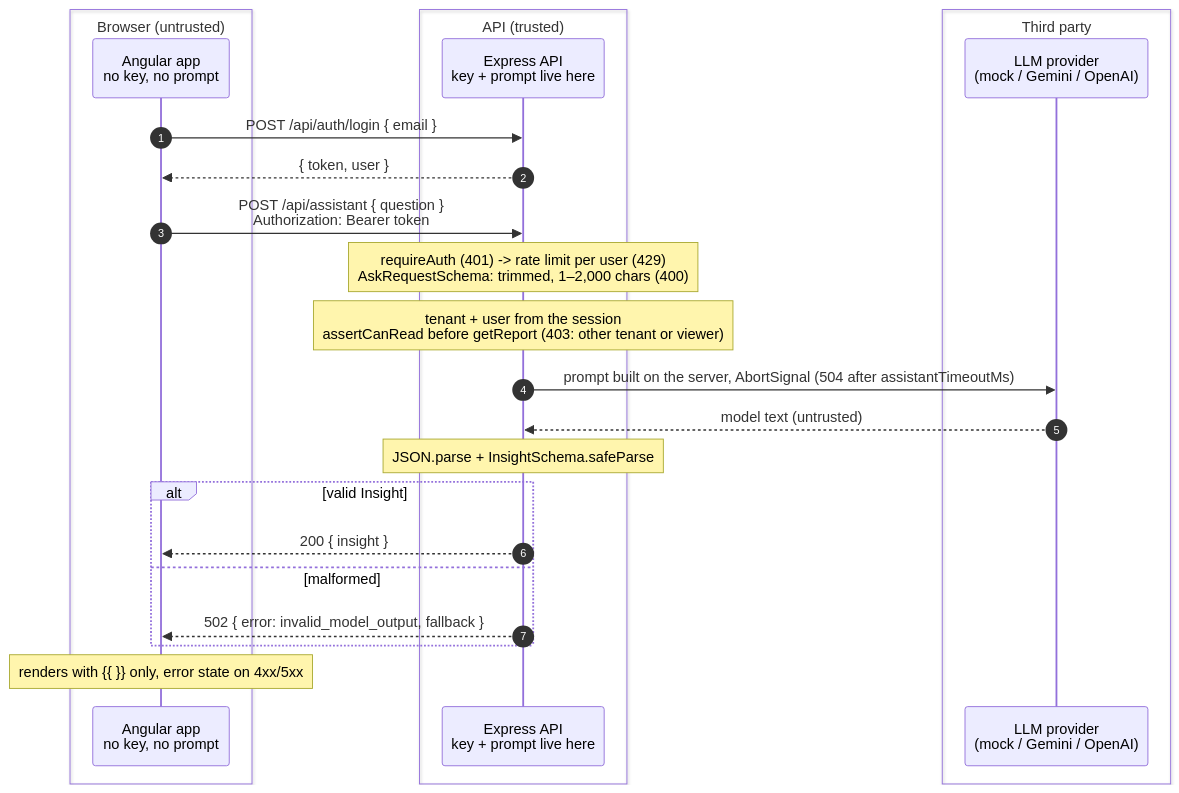
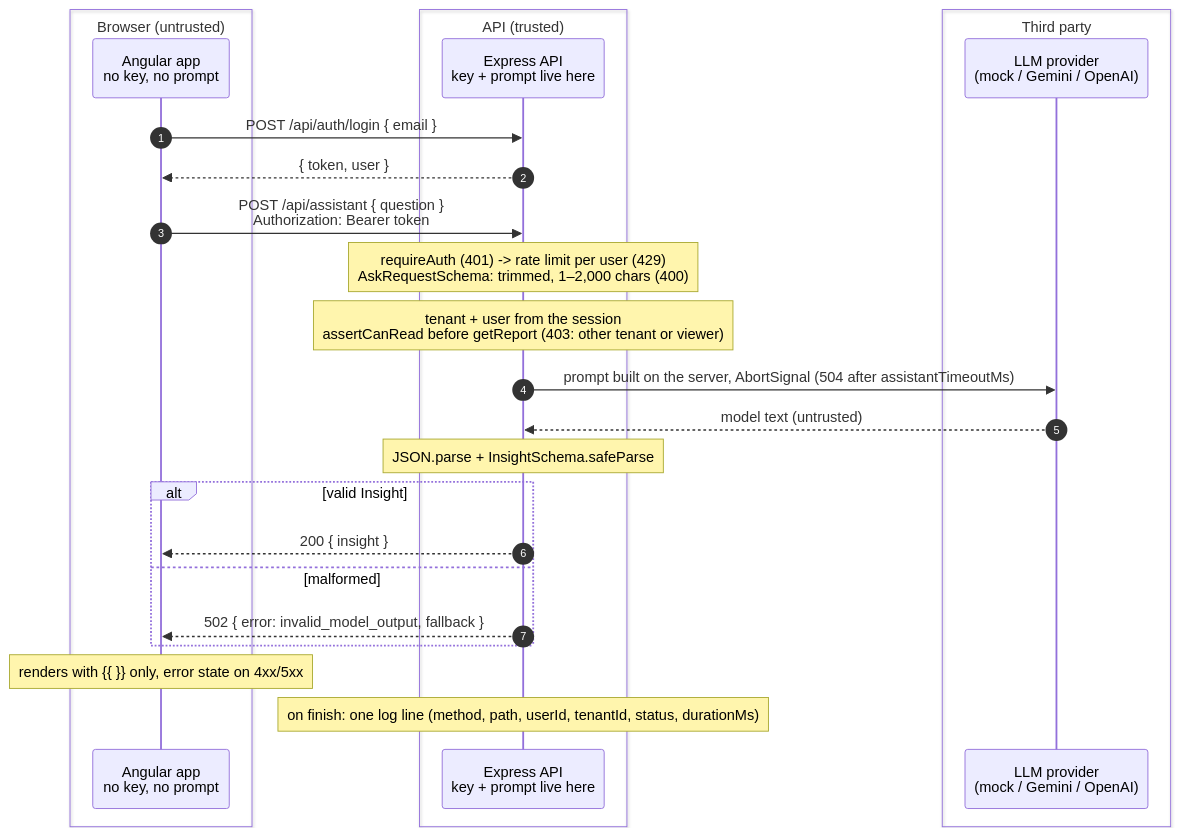
One commit to willmendesneto/workshop-secure-ai-features-in-modern-apps changed the diagram in docs/architecture.md. Above: the diagram before and after it, drawn with Mermaid. The commit also changed other lines of this file and 14 other files, not shown here.

````diff
--- a/docs/architecture.md
+++ b/docs/architecture.md
@@ -17,27 +17,28 @@
 ```mermaid
 sequenceDiagram
   autonumber
   box Browser (untrusted)
     participant UI as Angular app<br/>no key, no prompt
   end
   box API (trusted)
     participant API as Express API<br/>key + prompt live here
   end
   box Third party
     participant P as LLM provider<br/>(mock / Gemini / OpenAI)
   end
   UI->>API: POST /api/auth/login { email }
   API-->>UI: { token, user }
   UI->>API: POST /api/assistant { question }<br/>Authorization: Bearer token
   Note over API: requireAuth (401) -> rate limit per user (429)<br/>AskRequestSchema: trimmed, 1–2,000 chars (400)
   Note over API: tenant + user from the session<br/>assertCanRead before getReport (403: other tenant or viewer)
   API->>P: prompt built on the server, AbortSignal (504 after assistantTimeoutMs)
   P-->>API: model text (untrusted)
   Note over API: JSON.parse + InsightSchema.safeParse
   alt valid Insight
     API-->>UI: 200 { insight }
   else malformed
     API-->>UI: 502 { error: invalid_model_output, fallback }
   end
   Note over UI: renders with {{ }} only, error state on 4xx/5xx
+  Note over API: on finish: one log line (method, path, userId, tenantId, status, durationMs)
 ```
````
